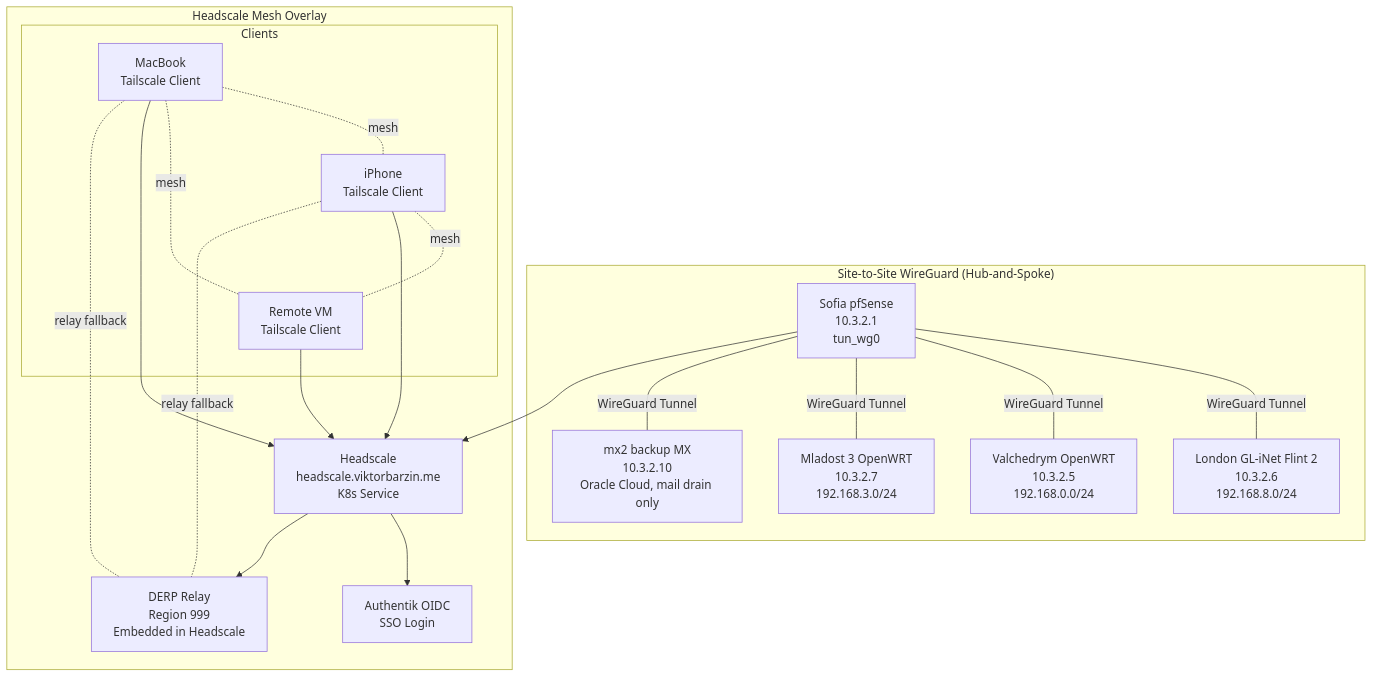
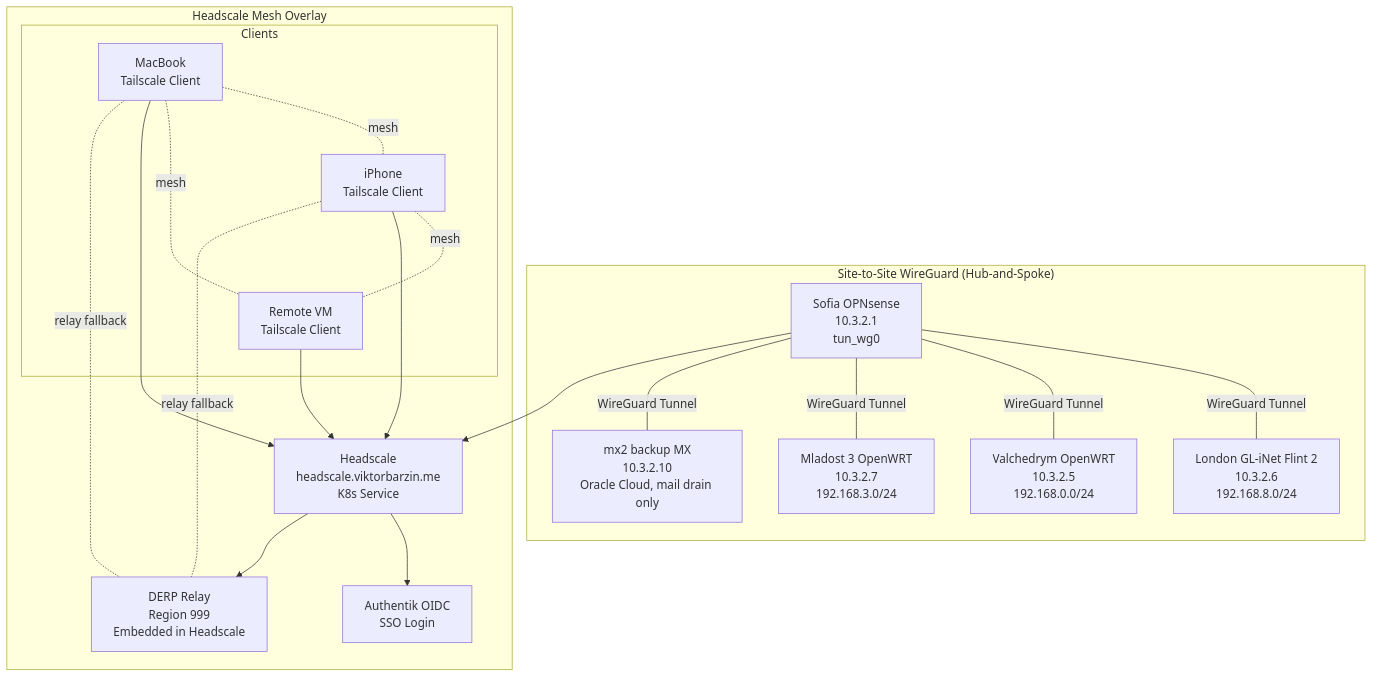
One commit to ViktorBarzin/infra changed the first of 2 diagrams in docs/architecture/vpn.md. Above: the diagram before and after it, drawn with Mermaid. The commit also changed other lines of this file and 53 other files, not shown here.

````diff
--- a/docs/architecture/vpn.md
+++ b/docs/architecture/vpn.md
@@ -76,41 +87,41 @@
 ```mermaid
 graph TB
     subgraph "Site-to-Site WireGuard (Hub-and-Spoke)"
-        Sofia[Sofia pfSense<br/>10.3.2.1<br/>tun_wg0]
+        Sofia[Sofia OPNsense<br/>10.3.2.1<br/>tun_wg0]
         London[London GL-iNet Flint 2<br/>10.3.2.6<br/>192.168.8.0/24]
         Valchedrym[Valchedrym OpenWRT<br/>10.3.2.5<br/>192.168.0.0/24]
         Mladost3[Mladost 3 OpenWRT<br/>10.3.2.7<br/>192.168.3.0/24]
         MX2[mx2 backup MX<br/>10.3.2.10<br/>Oracle Cloud, mail drain only]
 
         Sofia ---|WireGuard Tunnel| London
         Sofia ---|WireGuard Tunnel| Valchedrym
         Sofia ---|WireGuard Tunnel| Mladost3
         Sofia ---|WireGuard Tunnel| MX2
     end
 
     subgraph "Headscale Mesh Overlay"
         HS[Headscale<br/>headscale.viktorbarzin.me<br/>K8s Service]
         Authentik[Authentik OIDC<br/>SSO Login]
         DERP[DERP Relay<br/>Region 999<br/>Embedded in Headscale]
 
         subgraph "Clients"
             Laptop[MacBook<br/>Tailscale Client]
             Phone[iPhone<br/>Tailscale Client]
             Remote[Remote VM<br/>Tailscale Client]
         end
 
         HS --> Authentik
         HS --> DERP
         Laptop -.mesh.- Phone
         Laptop -.mesh.- Remote
         Phone -.mesh.- Remote
         Laptop --> HS
         Phone --> HS
         Remote --> HS
 
         Laptop -.relay fallback.- DERP
         Phone -.relay fallback.- DERP
     end
 
     Sofia --> HS
 ```
````
